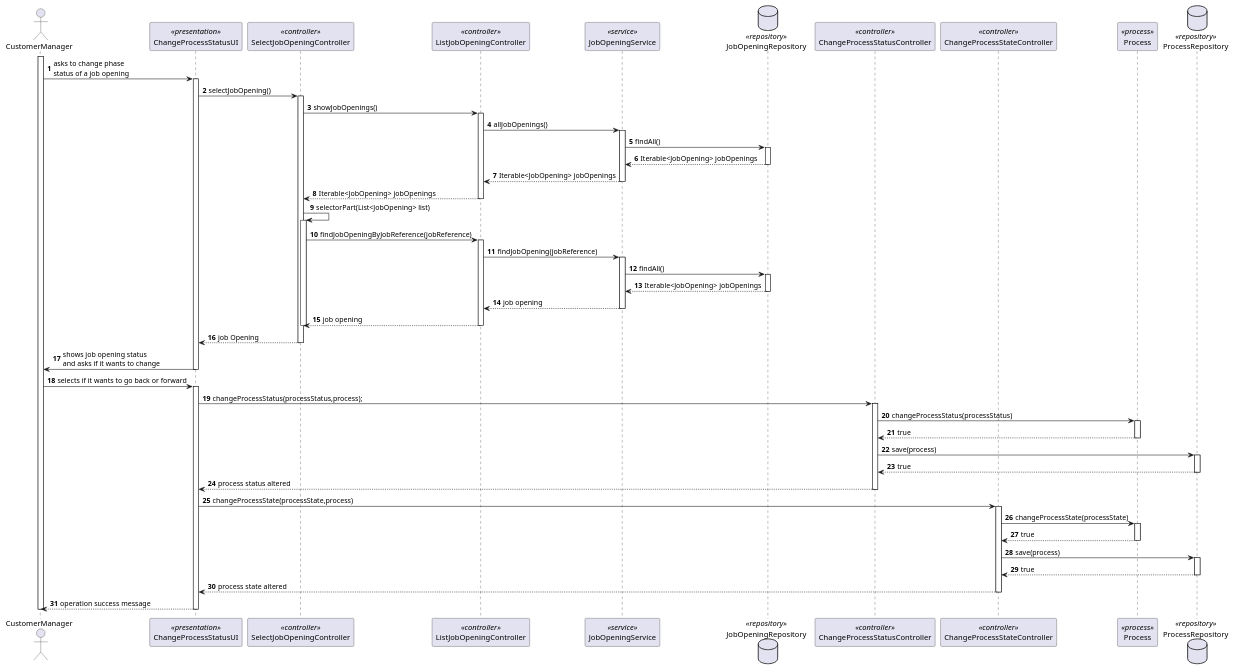
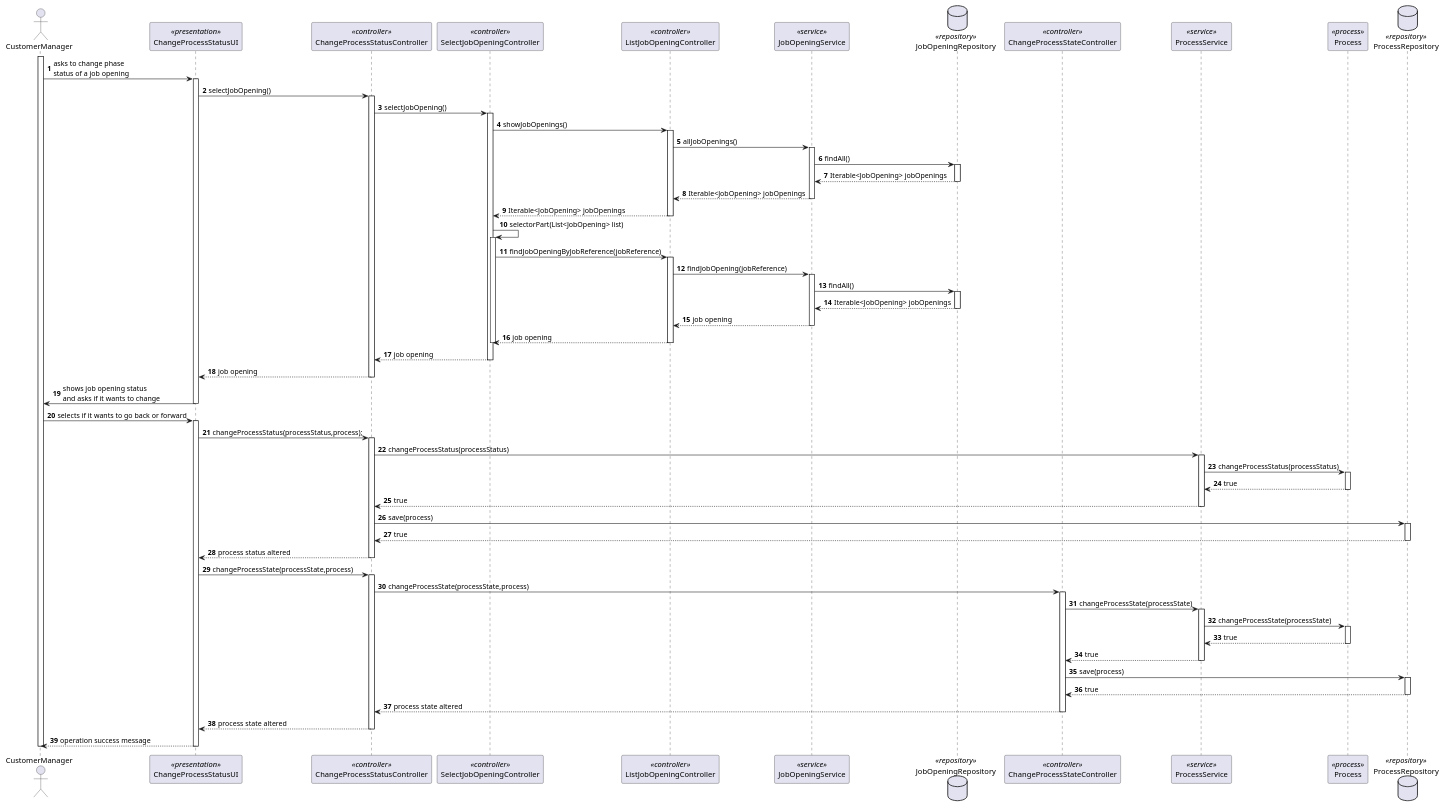
The diagram in docs/SprintC/7-change-status-process/sequence-diagram.puml (MiguelCardoso77/LAPR4), drawn with PlantUML before and after one commit. The commit also changed 8 other files, not shown here.

Commit message:
documentation update for update on job opening status

```diff
--- a/docs/SprintC/7-change-status-process/sequence-diagram.puml
+++ b/docs/SprintC/7-change-status-process/sequence-diagram.puml
@@ -1,117 +1,140 @@
 @startuml
 autonumber
 
 actor CustomerManager
 
 participant ChangeProcessStatusUI <<presentation>>
+participant ChangeProcessStatusController <<controller>>
 participant SelectJobOpeningController <<controller>>
 participant ListJobOpeningController <<controller>>
 participant JobOpeningService <<service>>
 database JobOpeningRepository <<repository>>
-participant ChangeProcessStatusController <<controller>>
 participant ChangeProcessStateController <<controller>>
+participant ProcessService <<service>>
 participant Process <<process>>
 database ProcessRepository <<repository>>
 
 
 activate CustomerManager
 
     CustomerManager -> ChangeProcessStatusUI : asks to change phase \nstatus of a job opening
     activate ChangeProcessStatusUI
 
-        ChangeProcessStatusUI -> SelectJobOpeningController : selectJobOpening()
-        activate SelectJobOpeningController
+        ChangeProcessStatusUI -> ChangeProcessStatusController : selectJobOpening()
+        activate ChangeProcessStatusController
 
-            SelectJobOpeningController -> ListJobOpeningController : showJobOpenings()
-            activate ListJobOpeningController
-
-                ListJobOpeningController -> JobOpeningService : allJobOpenings()
-                activate JobOpeningService
-
-                    JobOpeningService -> JobOpeningRepository : findAll()
-                    activate JobOpeningRepository
-
-                        JobOpeningRepository --> JobOpeningService : Iterable<JobOpening> jobOpenings
-                    deactivate JobOpeningRepository
-
-                    JobOpeningService --> ListJobOpeningController : Iterable<JobOpening> jobOpenings
-                deactivate JobOpeningService
-
-                ListJobOpeningController --> SelectJobOpeningController : Iterable<JobOpening> jobOpenings
-            deactivate ListJobOpeningController
-
-            SelectJobOpeningController -> SelectJobOpeningController : selectorPart(List<JobOpening> list)
+            ChangeProcessStatusController -> SelectJobOpeningController : selectJobOpening()
             activate SelectJobOpeningController
 
-                SelectJobOpeningController -> ListJobOpeningController : findJobOpeningByJobReference(jobReference)
+                SelectJobOpeningController -> ListJobOpeningController : showJobOpenings()
                 activate ListJobOpeningController
 
-                    ListJobOpeningController -> JobOpeningService : findJobOpening(jobReference)
+                    ListJobOpeningController -> JobOpeningService : allJobOpenings()
                     activate JobOpeningService
 
                         JobOpeningService -> JobOpeningRepository : findAll()
                         activate JobOpeningRepository
 
                             JobOpeningRepository --> JobOpeningService : Iterable<JobOpening> jobOpenings
                         deactivate JobOpeningRepository
 
-                        JobOpeningService --> ListJobOpeningController : job opening
+                        JobOpeningService --> ListJobOpeningController : Iterable<JobOpening> jobOpenings
                     deactivate JobOpeningService
 
-                    ListJobOpeningController --> SelectJobOpeningController : job opening
+                    ListJobOpeningController --> SelectJobOpeningController : Iterable<JobOpening> jobOpenings
                 deactivate ListJobOpeningController
+
+                SelectJobOpeningController -> SelectJobOpeningController : selectorPart(List<JobOpening> list)
+                activate SelectJobOpeningController
+
+                    SelectJobOpeningController -> ListJobOpeningController : findJobOpeningByJobReference(jobReference)
+                    activate ListJobOpeningController
+
+                        ListJobOpeningController -> JobOpeningService : findJobOpening(jobReference)
+                        activate JobOpeningService
+
+                            JobOpeningService -> JobOpeningRepository : findAll()
+                            activate JobOpeningRepository
+
+                                JobOpeningRepository --> JobOpeningService : Iterable<JobOpening> jobOpenings
+                            deactivate JobOpeningRepository
+
+                            JobOpeningService --> ListJobOpeningController : job opening
+                        deactivate JobOpeningService
+
+                        ListJobOpeningController --> SelectJobOpeningController : job opening
+                    deactivate ListJobOpeningController
+                deactivate SelectJobOpeningController
+
+                SelectJobOpeningController --> ChangeProcessStatusController : job opening
             deactivate SelectJobOpeningController
 
-            SelectJobOpeningController --> ChangeProcessStatusUI : job Opening
-        deactivate SelectJobOpeningController
+            ChangeProcessStatusController --> ChangeProcessStatusUI : job opening
+        deactivate ChangeProcessStatusController
 
         ChangeProcessStatusUI -> CustomerManager : shows job opening status \nand asks if it wants to change
     deactivate ChangeProcessStatusUI
 
     CustomerManager -> ChangeProcessStatusUI : selects if it wants to go back or forward
     activate ChangeProcessStatusUI
 
         ChangeProcessStatusUI -> ChangeProcessStatusController : changeProcessStatus(processStatus,process);
         activate ChangeProcessStatusController
 
-            ChangeProcessStatusController -> Process : changeProcessStatus(processStatus)
-            activate Process
+            ChangeProcessStatusController -> ProcessService : changeProcessStatus(processStatus)
+            activate ProcessService
 
-                Process --> ChangeProcessStatusController : true
-            deactivate Process
+                ProcessService -> Process : changeProcessStatus(processStatus)
+                activate Process
+
+                    Process --> ProcessService : true
+                deactivate Process
+
+                ProcessService --> ChangeProcessStatusController : true
+            deactivate ProcessService
 
             ChangeProcessStatusController -> ProcessRepository : save(process)
             activate ProcessRepository
 
                 ProcessRepository --> ChangeProcessStatusController : true
             deactivate ProcessRepository
 
             ChangeProcessStatusController --> ChangeProcessStatusUI : process status altered
         deactivate ChangeProcessStatusController
 
-        ChangeProcessStatusUI -> ChangeProcessStateController : changeProcessState(processState,process)
-        activate ChangeProcessStateController
+        ChangeProcessStatusUI -> ChangeProcessStatusController : changeProcessState(processState,process)
+        activate ChangeProcessStatusController
 
-            ChangeProcessStateController -> Process : changeProcessState(processState)
-            activate Process
+            ChangeProcessStatusController -> ChangeProcessStateController : changeProcessState(processState,process)
+            activate ChangeProcessStateController
 
-                Process --> ChangeProcessStateController : true
-            deactivate Process
+                ChangeProcessStateController -> ProcessService : changeProcessState(processState)
+                activate ProcessService
 
-            ChangeProcessStateController -> ProcessRepository : save(process)
-            activate ProcessRepository
+                    ProcessService -> Process : changeProcessState(processState)
+                    activate Process
 
-                ProcessRepository --> ChangeProcessStateController : true
-            deactivate ProcessRepository
+                        Process --> ProcessService : true
+                    deactivate Process
 
-            ChangeProcessStateController --> ChangeProcessStatusUI : process state altered
-        deactivate ChangeProcessStateController
+                    ProcessService --> ChangeProcessStateController : true
+                deactivate ProcessService
+
+                ChangeProcessStateController -> ProcessRepository : save(process)
+                activate ProcessRepository
+
+                    ProcessRepository --> ChangeProcessStateController : true
+                deactivate ProcessRepository
+
+                ChangeProcessStateController --> ChangeProcessStatusController : process state altered
+            deactivate ChangeProcessStateController
+
+            ChangeProcessStatusController --> ChangeProcessStatusUI : process state altered
+        deactivate ChangeProcessStatusController
 
     ChangeProcessStatusUI --> CustomerManager : operation success message
-
-
     deactivate ChangeProcessStatusUI
 
 deactivate CustomerManager
 
 @enduml
```
